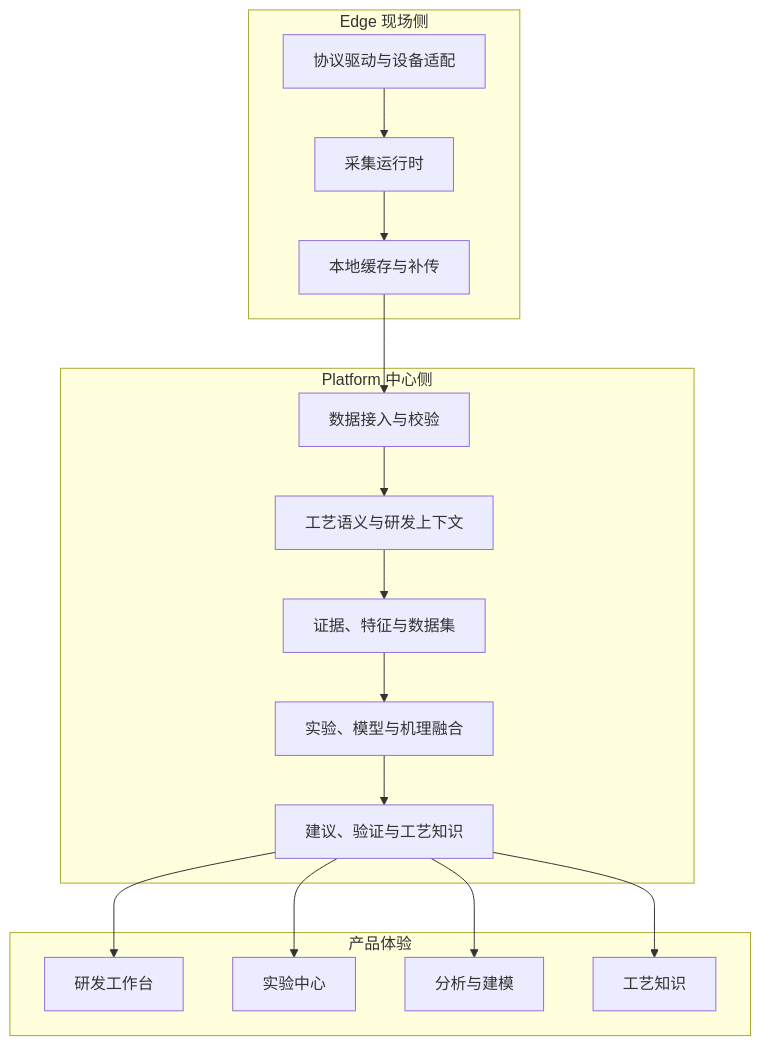
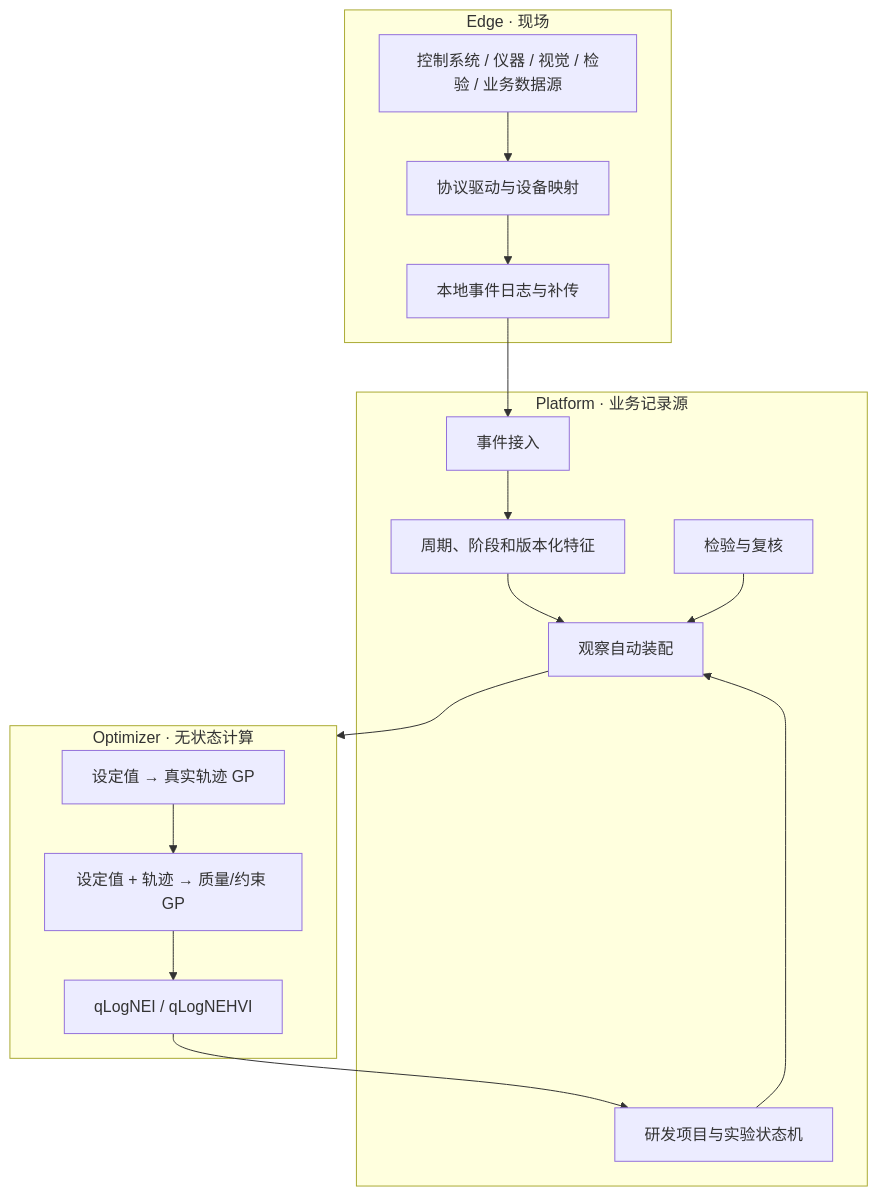
Before and after one commit to liuweichaox/Ingot: the diagram in docs/design.md, drawn with Mermaid. The commit also changed other lines of this file and 108 other files, not shown here.

````diff
--- a/docs/design.md
+++ b/docs/design.md
@@ -218,31 +29,31 @@
 ```mermaid
 flowchart TB
-    subgraph Edge["Edge 现场侧"]
-        Drivers["协议驱动与设备适配"]
-        Runtime["采集运行时"]
-        Buffer["本地缓存与补传"]
-        Drivers --> Runtime --> Buffer
+    subgraph Edge["Edge · 现场"]
+        Sources["控制系统 / 仪器 / 视觉 / 检验 / 业务数据源"]
+        Driver["协议驱动与设备映射"]
+        Buffer["本地事件日志与补传"]
+        Sources --> Driver --> Buffer
     end
 
-    subgraph Platform["Platform 中心侧"]
-        Ingest["数据接入与校验"]
-        Context["工艺语义与研发上下文"]
-        Evidence["证据、特征与数据集"]
-        Research["实验、模型与机理融合"]
-        Decision["建议、验证与工艺知识"]
-        Ingest --> Context --> Evidence --> Research --> Decision
+    subgraph Platform["Platform · 业务记录源"]
+        Ingest["事件接入"]
+        Cycle["周期、阶段和版本化特征"]
+        Inspection["检验与复核"]
+        Research["研发项目与实验状态机"]
+        Observation["观察自动装配"]
+        Ingest --> Cycle --> Observation
+        Inspection --> Observation
+        Research --> Observation
     end
 
-    subgraph Experience["产品体验"]
-        Workbench["研发工作台"]
-        Experiments["实验中心"]
-        Analysis["分析与建模"]
-        Knowledge["工艺知识"]
+    subgraph Optimizer["Optimizer · 无状态计算"]
+        Trajectory["设定值 → 真实轨迹 GP"]
+        Quality["设定值 + 轨迹 → 质量/约束 GP"]
+        Acquisition["qLogNEI / qLogNEHVI"]
+        Trajectory --> Quality --> Acquisition
     end
 
     Buffer --> Ingest
-    Decision --> Workbench
-    Decision --> Experiments
-    Decision --> Analysis
-    Decision --> Knowledge
+    Observation --> Optimizer
+    Acquisition --> Research
 ```
````
